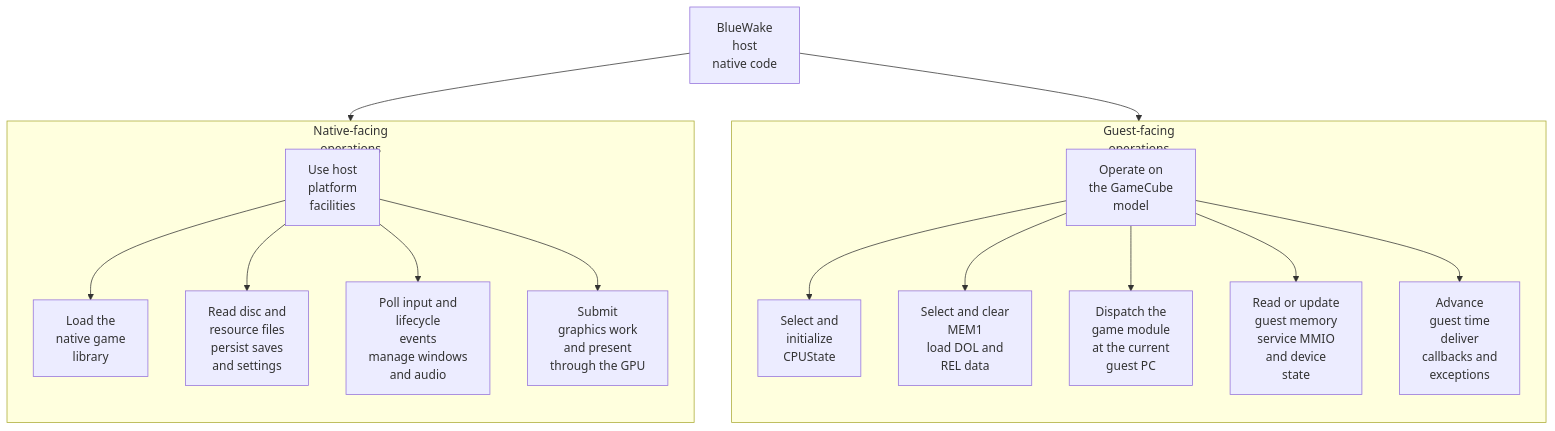
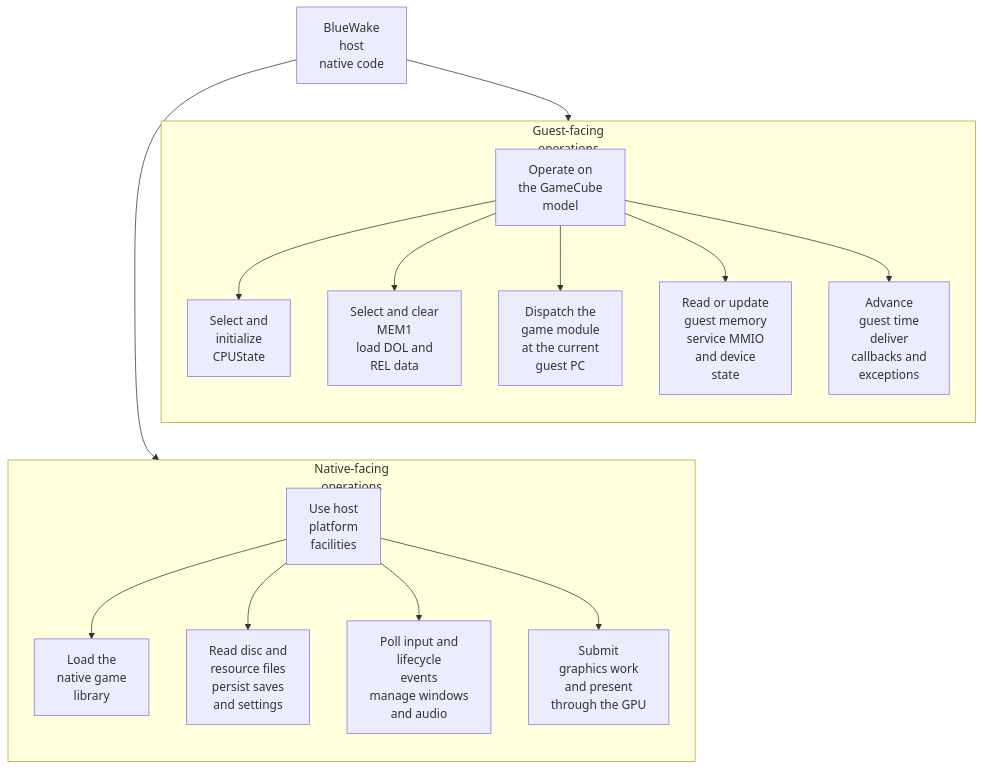
The second of 8 diagrams in docs/architecture/GuestState.md (Aelbannan/boat_of_daphnes), drawn with Mermaid before and after one commit. The commit also changed other lines of this file and 2 other files, not shown here.

Commit message:
Rebalance dense Mermaid layouts

````diff
--- a/docs/architecture/GuestState.md
+++ b/docs/architecture/GuestState.md
@@ -181,71 +183,73 @@
 ```mermaid
 flowchart TD
     Host["`BlueWake
 host
 native code`"]
 
     subgraph Guest["`Guest-facing
 operations`"]
         direction TB
         GuestWork["`Operate on
 the GameCube
 model`"]
         CPUInit["`Select and
 initialize
 CPUState`"]
         MemoryInit["`Select and clear
 MEM1
 load DOL and
 REL data`"]
         Dispatch["`Dispatch the
 game module
 at the current
 guest PC`"]
         Service["`Read or update
 guest memory
 service MMIO
 and device
 state`"]
         Events["`Advance
 guest time
 deliver
 callbacks and
 exceptions`"]
         GuestWork --> CPUInit
         GuestWork --> MemoryInit
         GuestWork --> Dispatch
         GuestWork --> Service
         GuestWork --> Events
     end
 
     subgraph Native["`Native-facing
 operations`"]
         direction TB
         NativeWork["`Use host
 platform
 facilities`"]
         Module["`Load the
 native game
 library`"]
         Files["`Read disc and
 resource files
 persist saves
 and settings`"]
         Platform["`Poll input and
 lifecycle
 events
 manage windows
 and audio`"]
         Graphics["`Submit
 graphics work
 and present
 through the GPU`"]
         NativeWork --> Module
         NativeWork --> Files
         NativeWork --> Platform
         NativeWork --> Graphics
     end
 
+    Guest ~~~ Native
+
     Host --> GuestWork
     Host --> NativeWork
 ```
````
